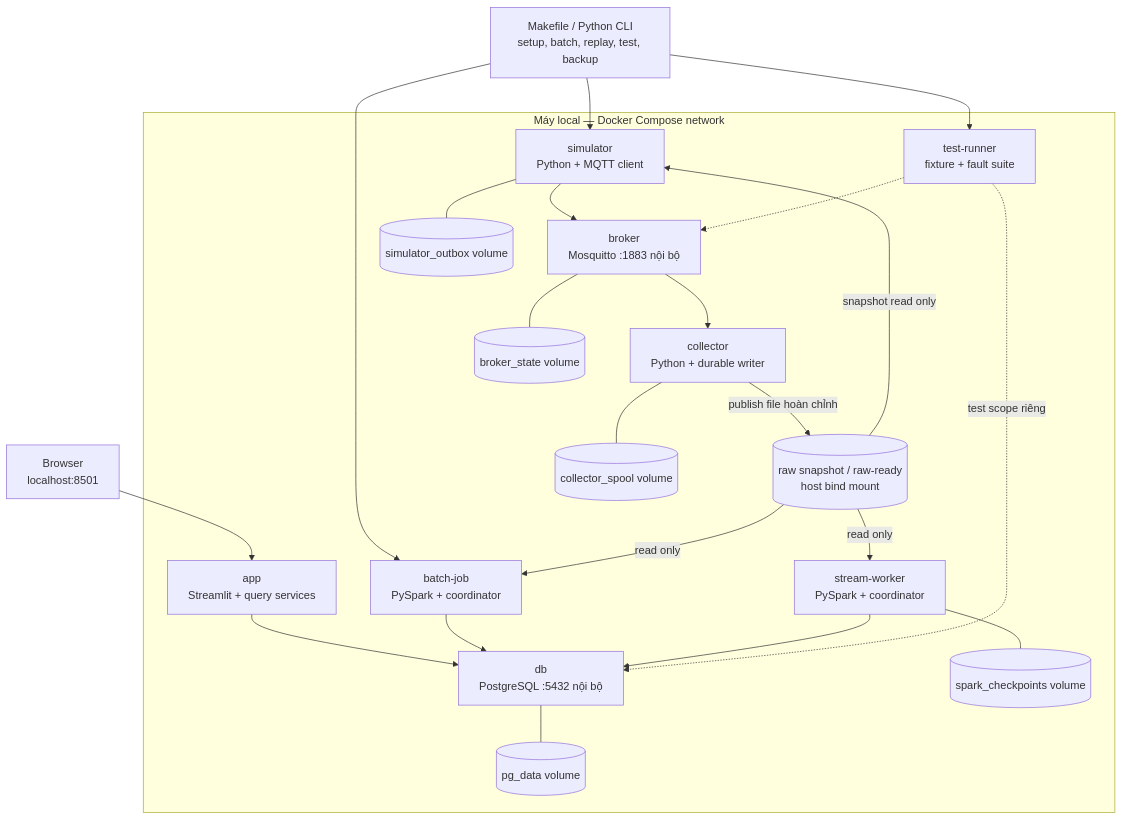
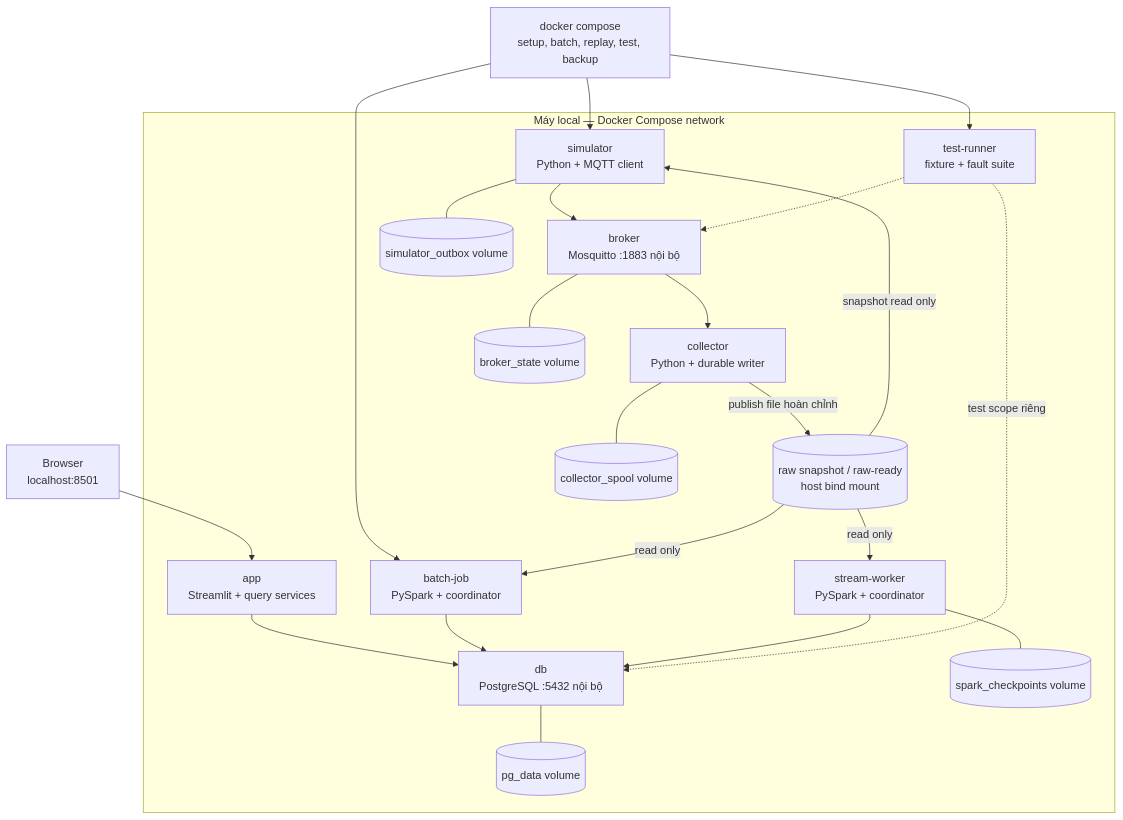
The diagram in docs/architecture/02-local-deployment.md (arcanine525/smart-green-house), drawn with Mermaid before and after one commit. The commit also changed other lines of this file and 13 other files, not shown here.

````diff
--- a/docs/architecture/02-local-deployment.md
+++ b/docs/architecture/02-local-deployment.md
@@ -5,39 +5,39 @@
 ```mermaid
 flowchart TB
     BROWSER["Browser<br/>localhost:8501"]
-    CLI["Makefile / Python CLI<br/>setup, batch, replay, test, backup"]
+    CLI["docker compose<br/>setup, batch, replay, test, backup"]
     subgraph HOST["Máy local — Docker Compose network"]
         APP["app<br/>Streamlit + query services"]
         DB["db<br/>PostgreSQL :5432 nội bộ"]
         JOB["batch-job<br/>PySpark + coordinator"]
         STREAM["stream-worker<br/>PySpark + coordinator"]
         SIM["simulator<br/>Python + MQTT client"]
         BROKER["broker<br/>Mosquitto :1883 nội bộ"]
         COL["collector<br/>Python + durable writer"]
         TEST["test-runner<br/>fixture + fault suite"]
         PGV[("pg_data volume")]
         RAW[("raw snapshot / raw-ready<br/>host bind mount")]
         SPOOL[("collector_spool volume")]
         CP[("spark_checkpoints volume")]
         BV[("broker_state volume")]
         OUT[("simulator_outbox volume")]
     end
     BROWSER --> APP --> DB
     CLI --> JOB
     CLI --> SIM
     CLI --> TEST
     JOB --> DB
     STREAM --> DB
     SIM --> BROKER --> COL
     SIM --- OUT
     BROKER --- BV
     COL --- SPOOL
     COL -->|"publish file hoàn chỉnh"| RAW
     RAW -->|"read only"| JOB
     RAW -->|"read only"| STREAM
     RAW -->|"snapshot read only"| SIM
     STREAM --- CP
     DB --- PGV
     TEST -.->|"test scope riêng"| DB
     TEST -.-> BROKER
 ```
````
